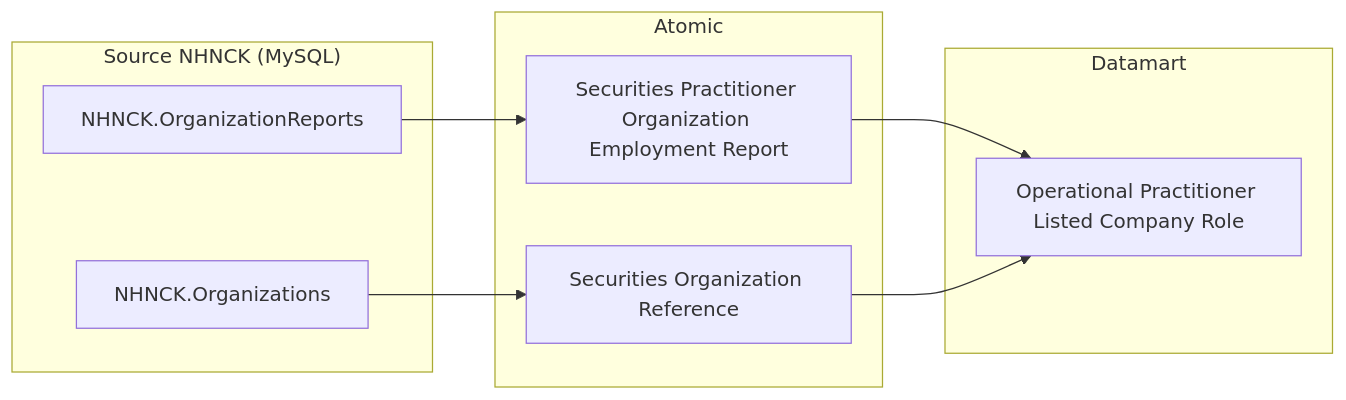
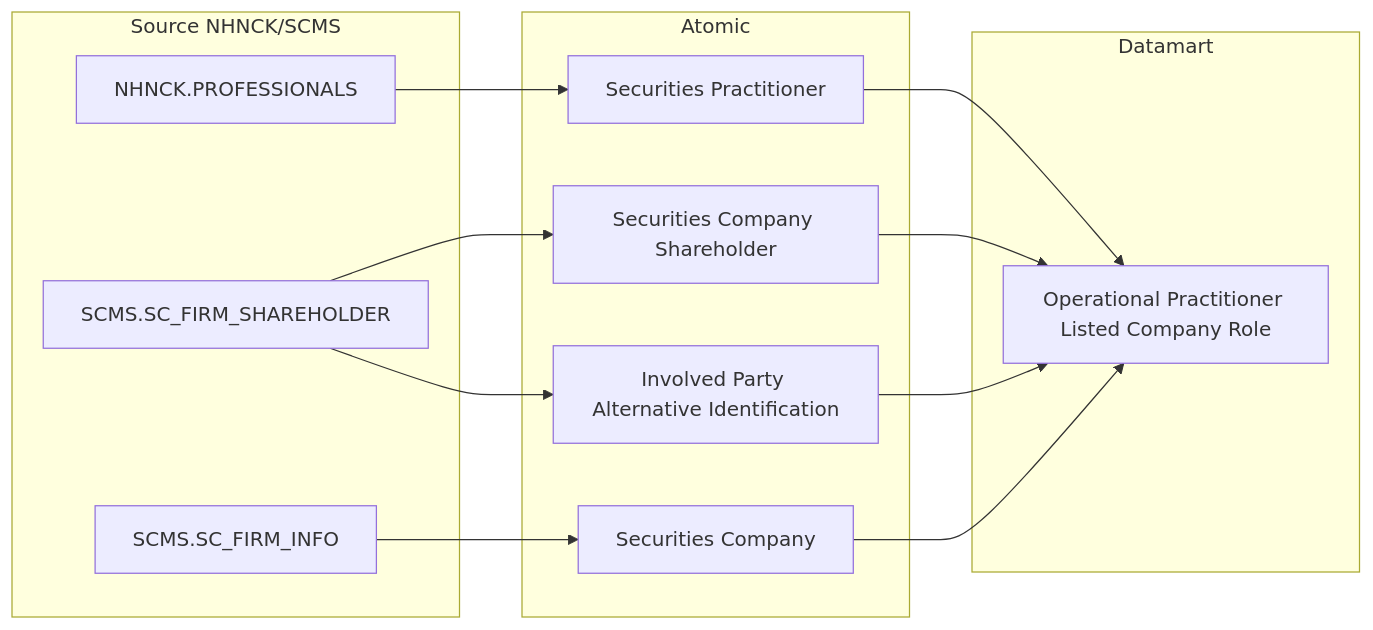
One commit to linhlvit/ubck_atomic_design changed the fifth of 40 diagrams in Datamart/hld/DTM_NHNCK_HLD.md. Above: the diagram before and after it, drawn with Mermaid. The commit also changed other lines of this file and 36 other files, not shown here.

````diff
--- a/Datamart/hld/DTM_NHNCK_HLD.md
+++ b/Datamart/hld/DTM_NHNCK_HLD.md
@@ -163,22 +165,29 @@
 ```mermaid
 flowchart LR
-    subgraph SRC["Source NHNCK (MySQL)"]
-        S1["NHNCK.OrganizationReports"]
-        S2["NHNCK.Organizations"]
+    subgraph SRC["Source NHNCK/SCMS"]
+        S1["NHNCK.PROFESSIONALS"]
+        S2["SCMS.SC_FIRM_SHAREHOLDER"]
+        S3["SCMS.SC_FIRM_INFO"]
     end
 
     subgraph SIL["Atomic"]
-        SV1["Securities Practitioner Organization Employment Report"]
-        SV2["Securities Organization Reference"]
+        SV1["Securities Practitioner"]
+        SV2["Securities Company Shareholder"]
+        SV3["Securities Company"]
+        SV4["Involved Party Alternative Identification"]
     end
 
     subgraph Datamart["Datamart"]
         G1["Operational Practitioner Listed Company Role"]
     end
 
     S1 --> SV1
     S2 --> SV2
+    S3 --> SV3
+    S2 --> SV4
 
     SV1 --> G1
     SV2 --> G1
+    SV3 --> G1
+    SV4 --> G1
 ```
````
